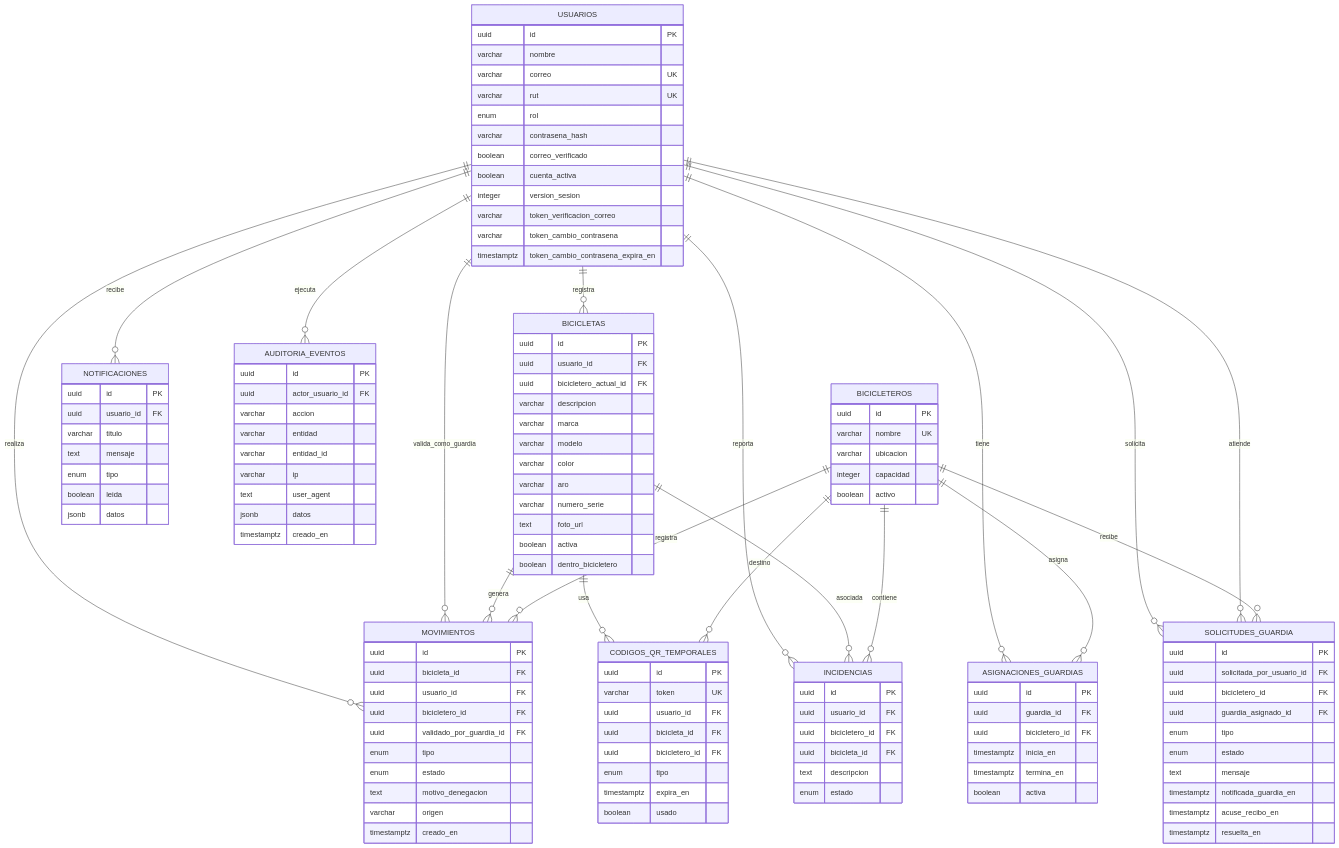
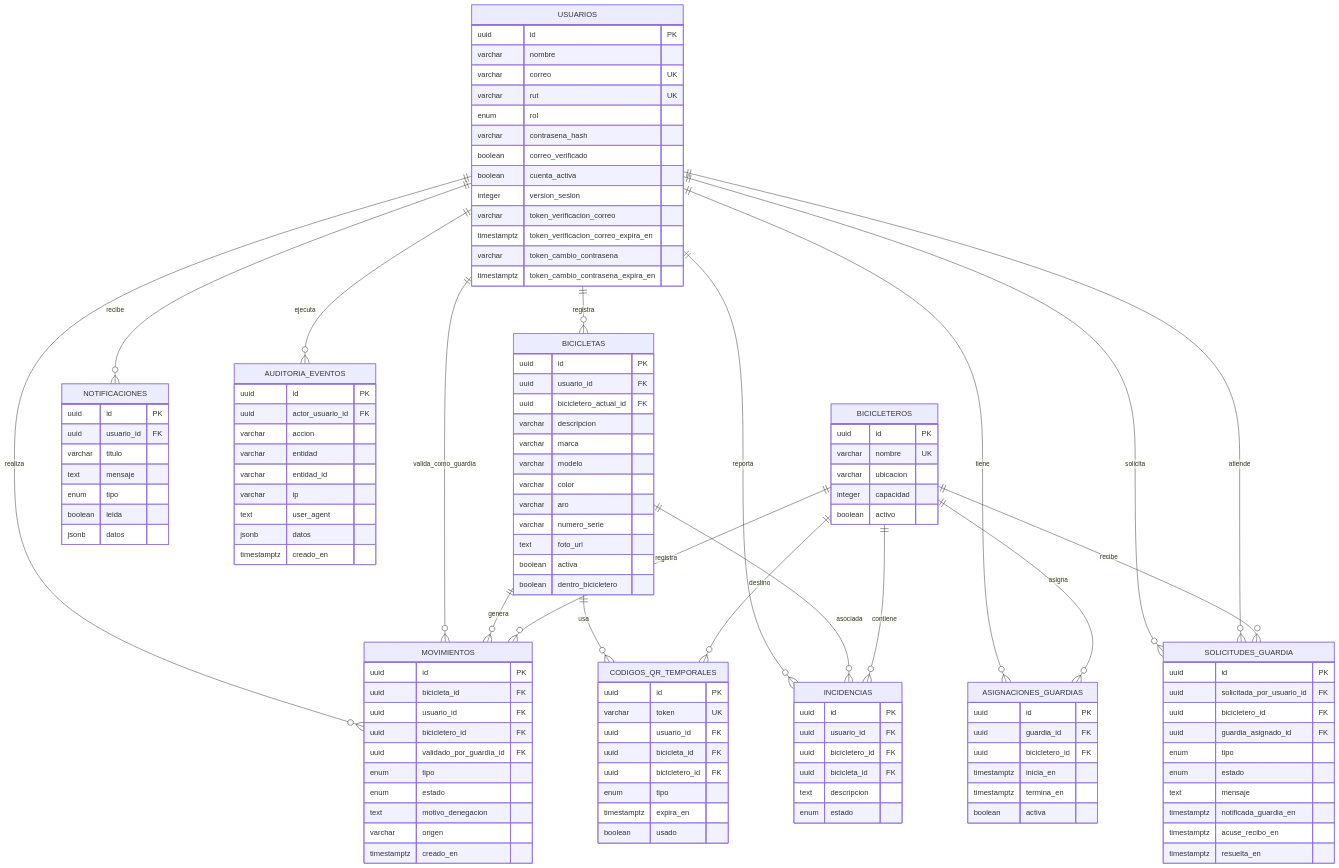
The diagram in docs/modelo-relacional.md (SebastianPinto2424/ubbike), drawn with Mermaid before and after one commit. The commit also changed 38 other files, not shown here.

```diff
--- a/docs/modelo-relacional.md
+++ b/docs/modelo-relacional.md
@@ -49,6 +49,7 @@
     boolean cuenta_activa
     integer version_sesion
     varchar token_verificacion_correo
+    timestamptz token_verificacion_correo_expira_en
     varchar token_cambio_contrasena
     timestamptz token_cambio_contrasena_expira_en
   }
```
